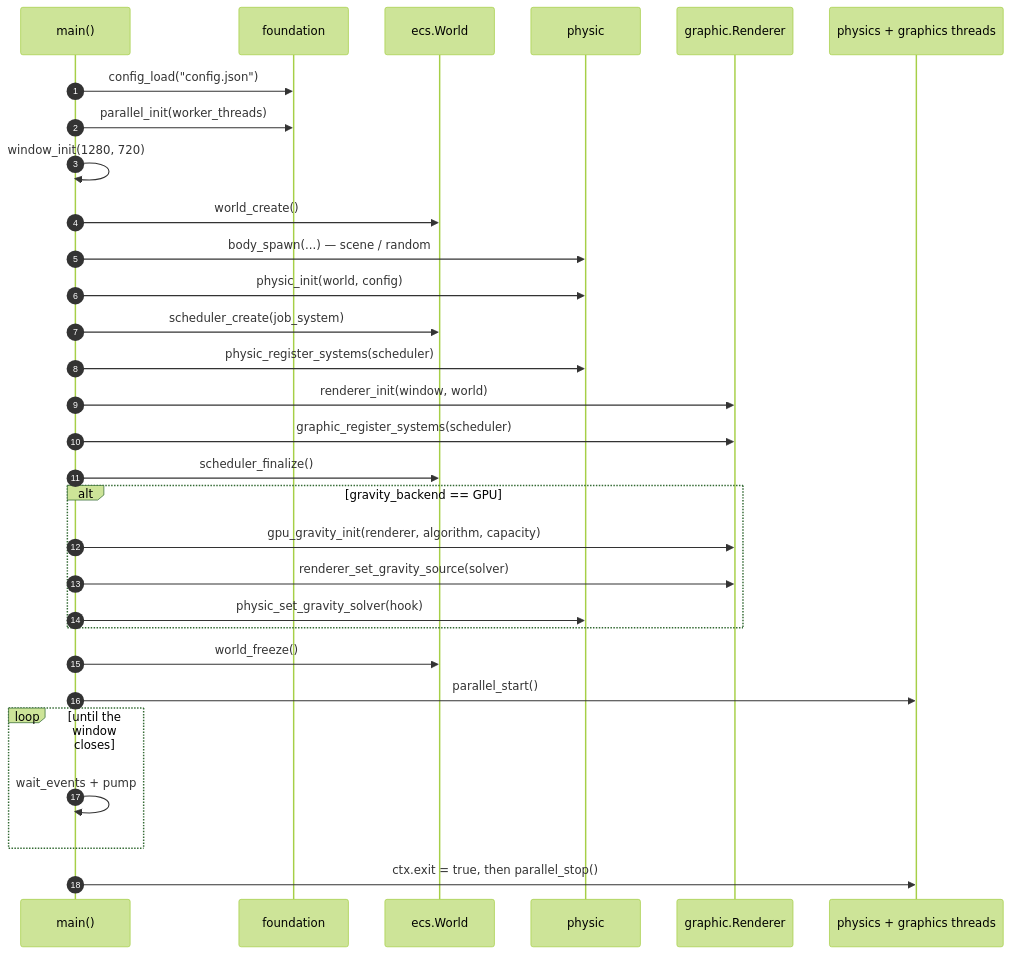
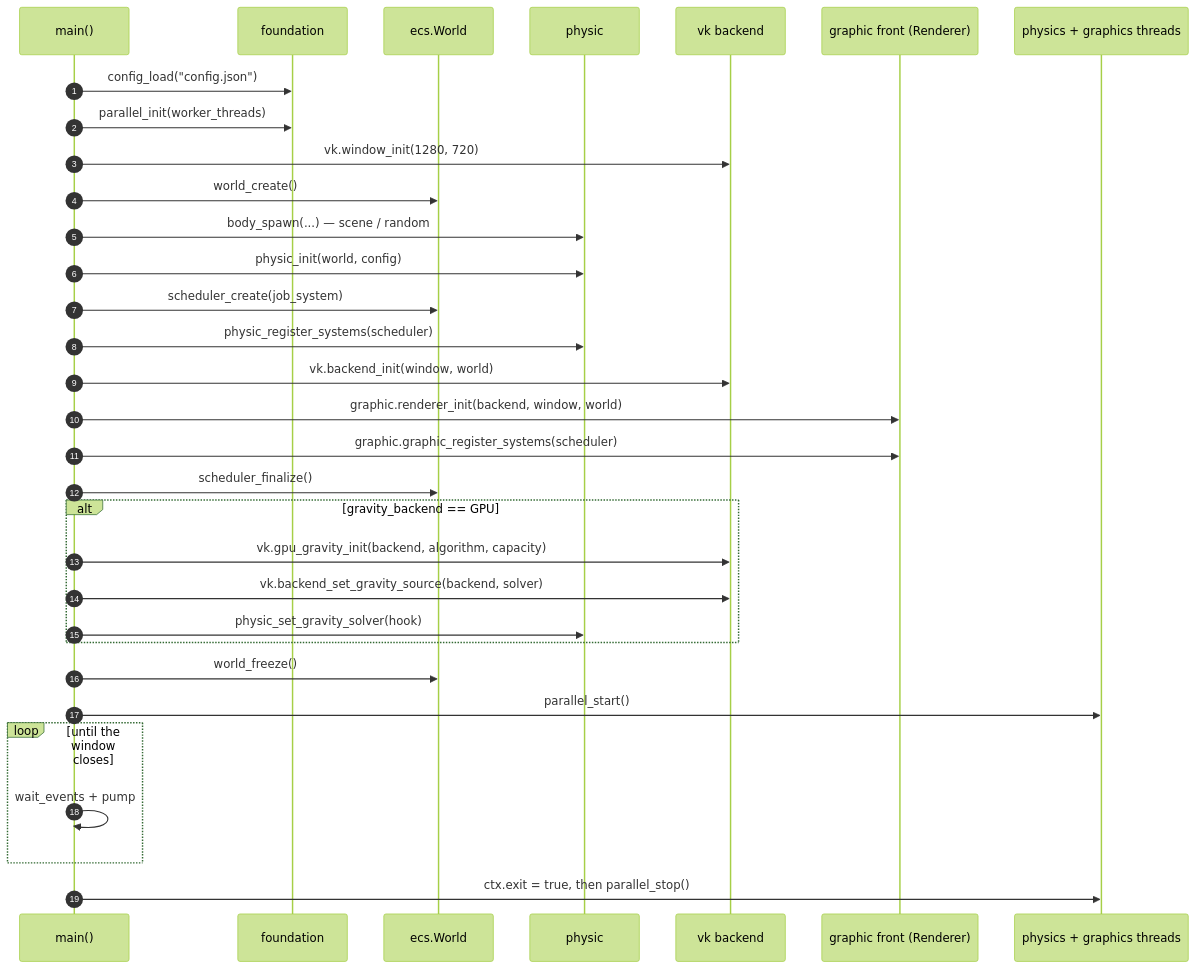
One commit to TanukiConDos/Gravity-Simulator changed the fourth of 7 diagrams in docs/architecture.md. Above: the diagram before and after it, drawn with Mermaid (forest theme). The commit also changed other lines of this file and 8 other files, not shown here.

First line of the commit message:
docs: document the graphics front/backend split and add a layering guard

````diff
--- a/docs/architecture.md
+++ b/docs/architecture.md
@@ -130,33 +145,35 @@
 ```mermaid
 sequenceDiagram
     autonumber
     participant M as main()
     participant F as foundation
     participant W as ecs.World
     participant P as physic
-    participant R as graphic.Renderer
+    participant B as vk backend
+    participant R as graphic front (Renderer)
     participant T as physics + graphics threads
 
     M->>F: config_load("config.json")
     M->>F: parallel_init(worker_threads)
-    M->>M: window_init(1280, 720)
+    M->>B: vk.window_init(1280, 720)
     M->>W: world_create()
     M->>P: body_spawn(...) — scene / random
     M->>P: physic_init(world, config)
     M->>W: scheduler_create(job_system)
     M->>P: physic_register_systems(scheduler)
-    M->>R: renderer_init(window, world)
-    M->>R: graphic_register_systems(scheduler)
+    M->>B: vk.backend_init(window, world)
+    M->>R: graphic.renderer_init(backend, window, world)
+    M->>R: graphic.graphic_register_systems(scheduler)
     M->>W: scheduler_finalize()
     alt gravity_backend == GPU
-        M->>R: gpu_gravity_init(renderer, algorithm, capacity)
-        M->>R: renderer_set_gravity_source(solver)
+        M->>B: vk.gpu_gravity_init(backend, algorithm, capacity)
+        M->>B: vk.backend_set_gravity_source(backend, solver)
         M->>P: physic_set_gravity_solver(hook)
     end
     M->>W: world_freeze()
     M->>T: parallel_start()
     loop until the window closes
         M->>M: wait_events + pump
     end
     M->>T: ctx.exit = true, then parallel_stop()
 ```
````
